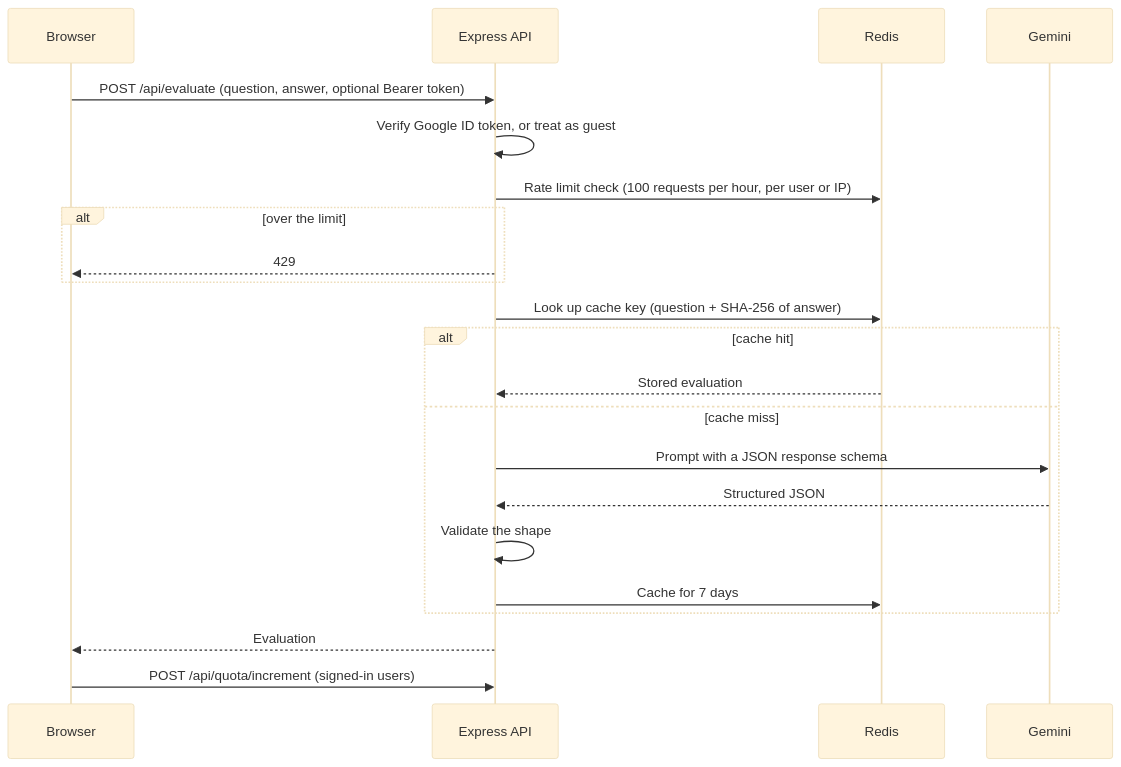
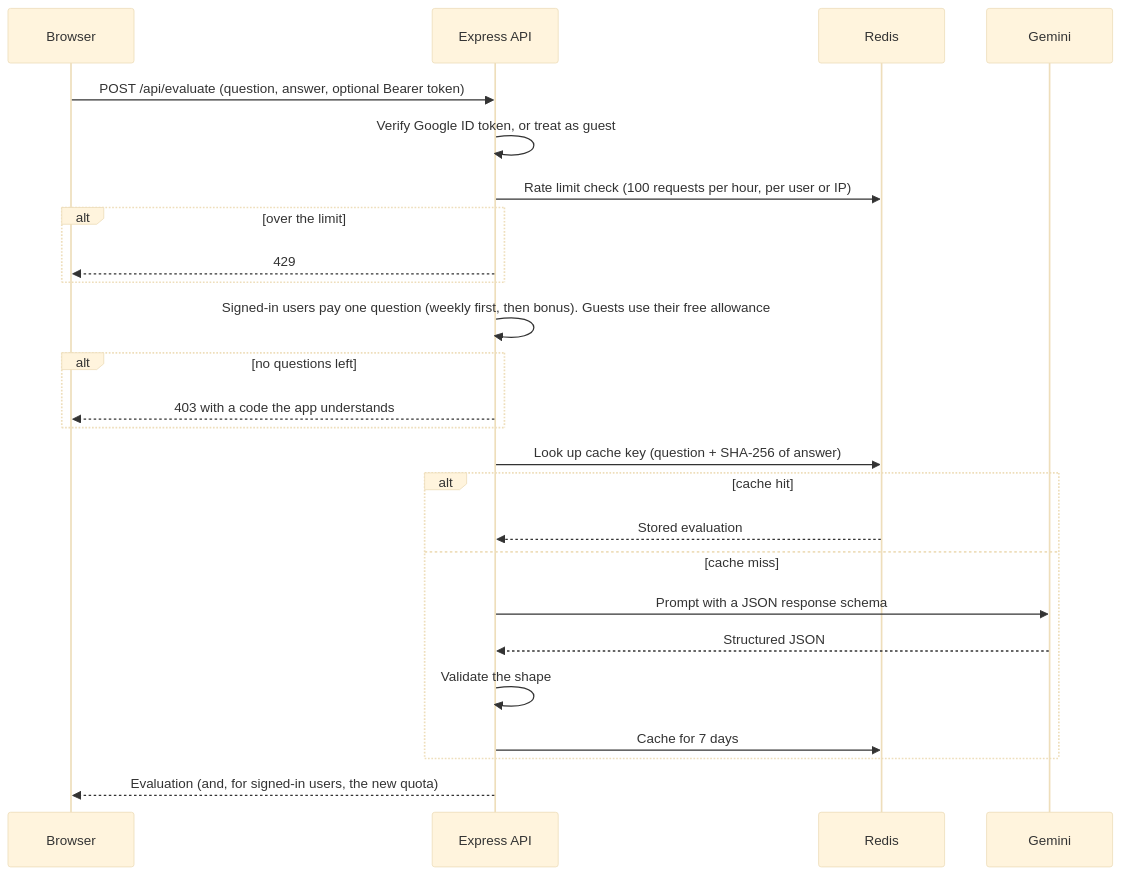
Before and after one commit to haramrit09k/ai-interview-prep-mentor: the second of 3 diagrams in README.md, drawn with Mermaid (base theme). The commit also changed other lines of this file and 9 other files, not shown here.

First line of the commit message:
Enforce the weekly question limit on the server and harden the admin routes

````diff
--- a/README.md
+++ b/README.md
@@ -65,25 +65,28 @@
 ```mermaid
 sequenceDiagram
     participant B as Browser
     participant A as Express API
     participant R as Redis
     participant G as Gemini
 
     B->>A: POST /api/evaluate (question, answer, optional Bearer token)
     A->>A: Verify Google ID token, or treat as guest
     A->>R: Rate limit check (100 requests per hour, per user or IP)
     alt over the limit
         A-->>B: 429
     end
+    A->>A: Signed-in users pay one question (weekly first, then bonus). Guests use their free allowance
+    alt no questions left
+        A-->>B: 403 with a code the app understands
+    end
     A->>R: Look up cache key (question + SHA-256 of answer)
     alt cache hit
         R-->>A: Stored evaluation
     else cache miss
         A->>G: Prompt with a JSON response schema
         G-->>A: Structured JSON
         A->>A: Validate the shape
         A->>R: Cache for 7 days
     end
-    A-->>B: Evaluation
-    B->>A: POST /api/quota/increment (signed-in users)
+    A-->>B: Evaluation (and, for signed-in users, the new quota)
 ```
````
